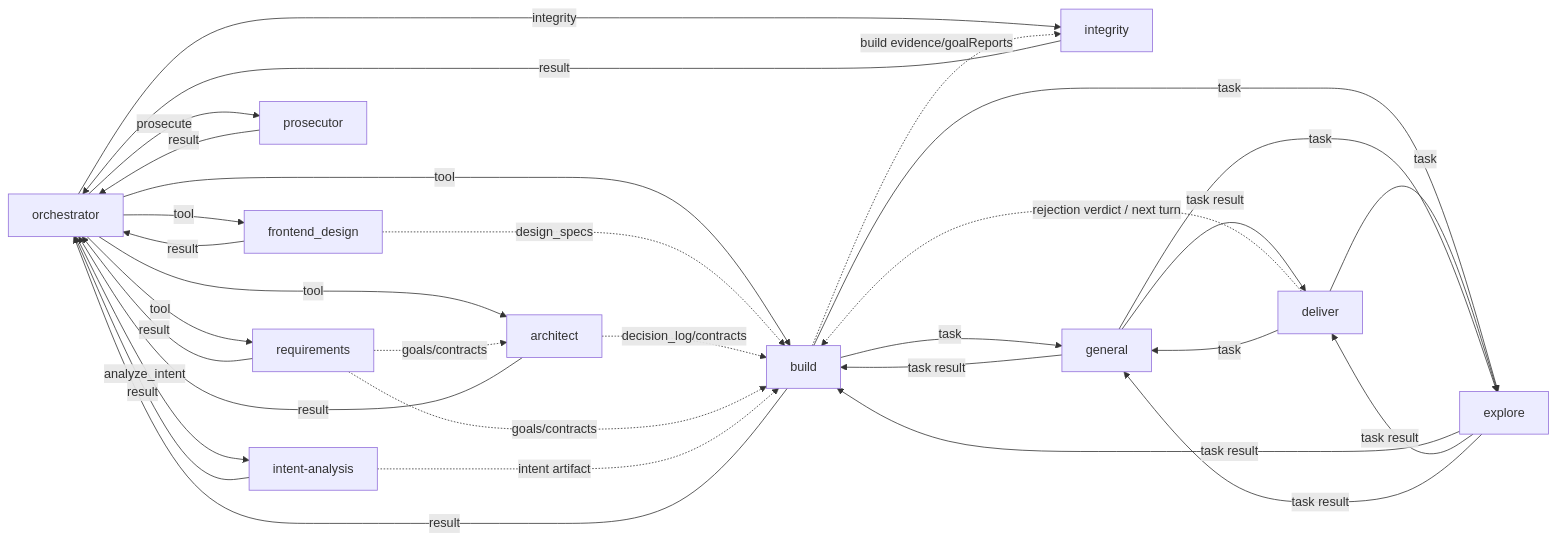
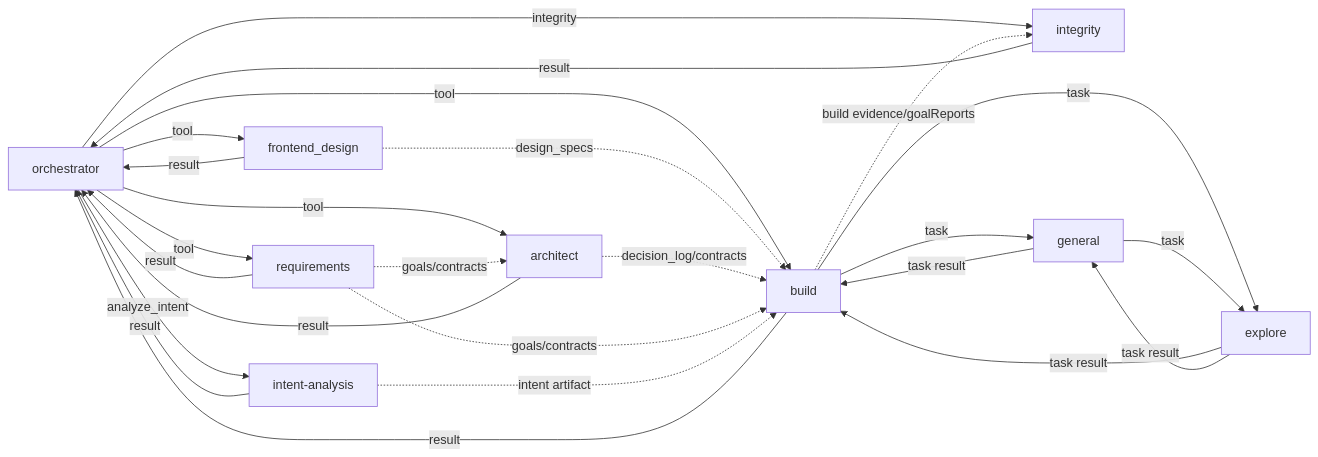
One commit to yangheng95/argus changed the second of 2 diagrams in specs/new-arch/13-agent-communication-matrix.md. Above: the diagram before and after it, drawn with Mermaid. The commit also changed other lines of this file and 32 other files, not shown here.

````diff
--- a/specs/new-arch/13-agent-communication-matrix.md
+++ b/specs/new-arch/13-agent-communication-matrix.md
@@ -171,49 +164,38 @@
 ```mermaid
 flowchart LR
   O[orchestrator]
   R[requirements]
   X[frontend_design]
   A[architect]
   B[build]
-  D[deliver]
   IT[integrity]
-  PR[prosecutor]
   I[intent-analysis]
   G[general]
   E[explore]
 
   O -->|tool| R
   R -->|result| O
   O -->|tool| X
   X -->|result| O
   O -->|tool| A
   A -->|result| O
   O -->|tool| B
   B -->|result| O
   O -->|analyze_intent| I
   I -->|result| O
   O -->|integrity| IT
   IT -->|result| O
-  O -->|prosecute| PR
-  PR -->|result| O
   X -.->|design_specs| B
   A -.->|decision_log/contracts| B
   R -.->|goals/contracts| A
   R -.->|goals/contracts| B
   I -.->|intent artifact| B
   B -.->|build evidence/goalReports| IT
-  D -.->|rejection verdict / next turn| B
-
   B -->|task| G
   G -->|task result| B
   B -->|task| E
   E -->|task result| B
 
-  D -->|task| G
-  G -->|task result| D
-  D -->|task| E
-  E -->|task result| D
-
   G -->|task| E
   E -->|task result| G
 ```
````
